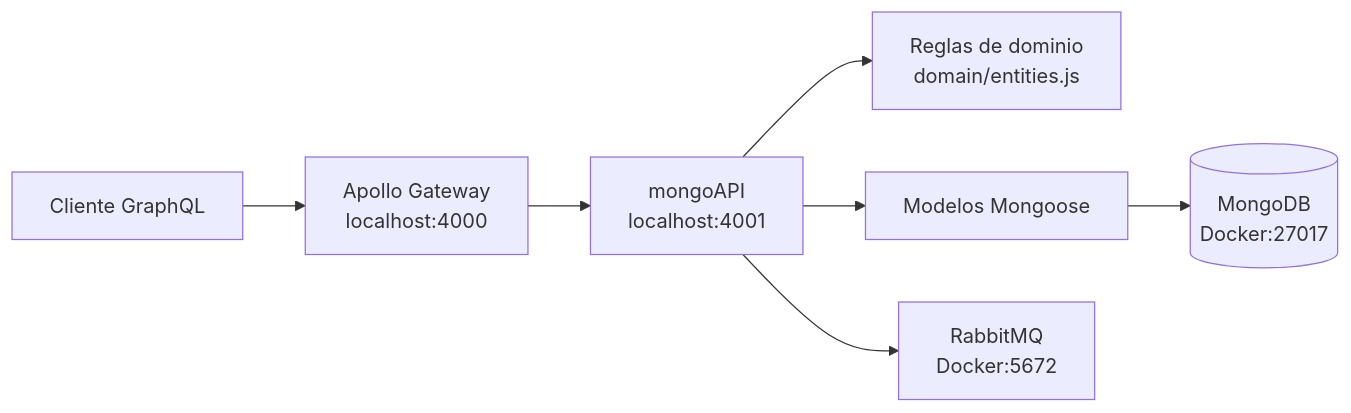
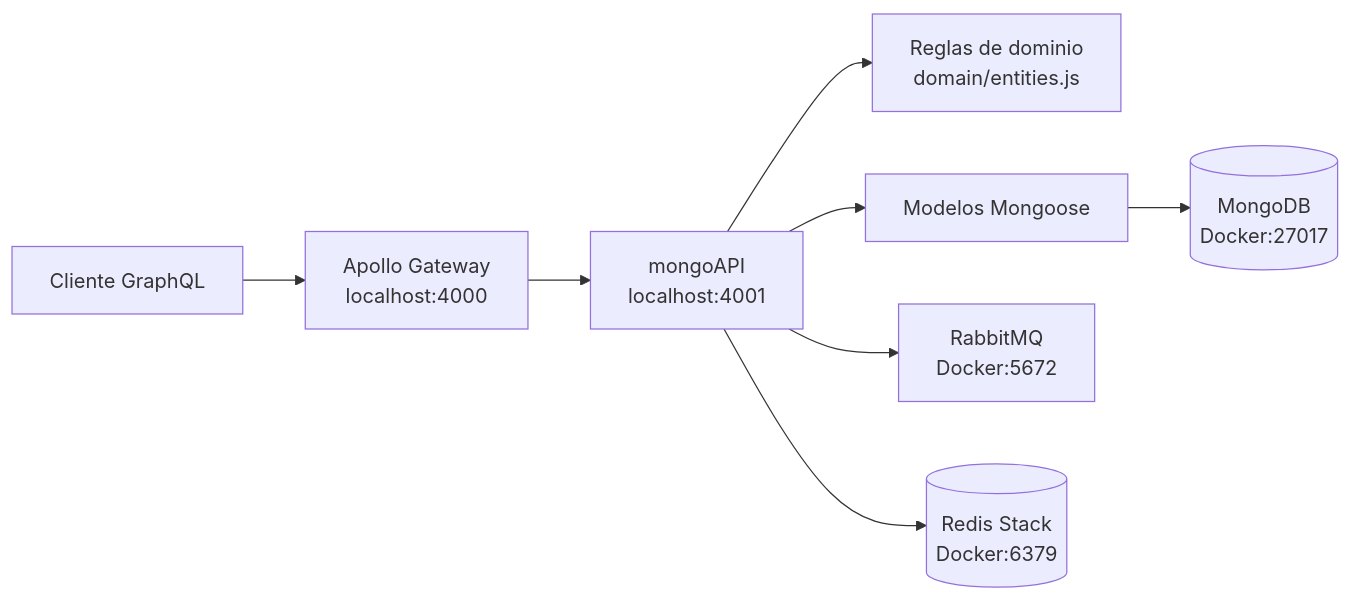
One commit to Carlo068/PickarooAPI changed the diagram in README.md. Above: the diagram before and after it, drawn with Mermaid. The commit also changed other lines of this file and 10 other files, not shown here.

````diff
--- a/README.md
+++ b/README.md
@@ -10,9 +10,10 @@
 ```mermaid
 flowchart LR
   Cliente[Cliente GraphQL] --> Gateway[Apollo Gateway\nlocalhost:4000]
   Gateway --> API[mongoAPI\nlocalhost:4001]
   API --> Dominio[Reglas de dominio\ndomain/entities.js]
   API --> Mongoose[Modelos Mongoose]
   Mongoose --> Mongo[(MongoDB\nDocker:27017)]
   API --> Rabbit[RabbitMQ\nDocker:5672]
+  API --> Redis[(Redis Stack\nDocker:6379)]
 ```
````
